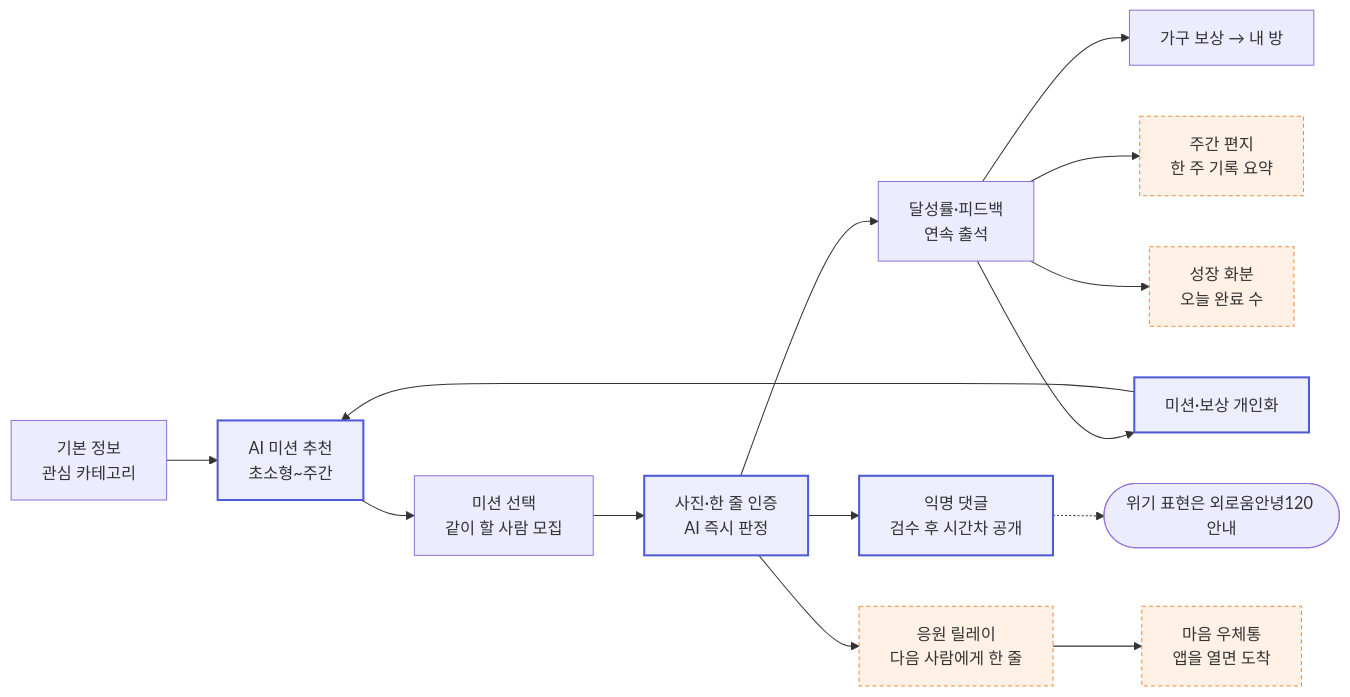
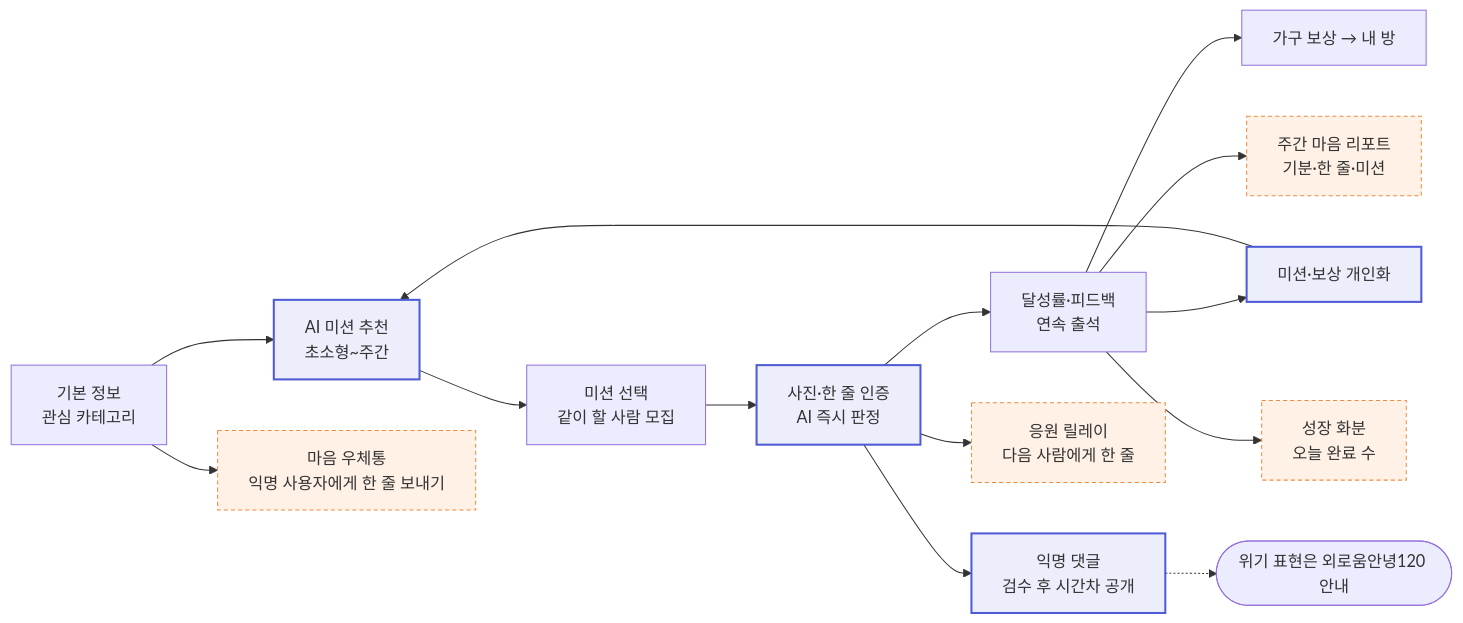
The diagram in PRD.md (koolunkle/maru), drawn with Mermaid before and after one commit. The commit also changed other lines of this file and 71 other files, not shown here.

First line of the commit message:
feat: 응원 릴레이·마음 우체통·한 줄 기록·타임캡슐·주간 리포트·배경음 통합 (#3)

````diff
--- a/PRD.md
+++ b/PRD.md
@@ -112,19 +112,19 @@
 ```mermaid
 flowchart LR
     A[기본 정보<br/>관심 카테고리] --> B[AI 미션 추천<br/>초소형~주간]:::ai
     B --> C[미션 선택<br/>같이 할 사람 모집]
     C --> D[사진·한 줄 인증<br/>AI 즉시 판정]:::ai
     D --> E[달성률·피드백<br/>연속 출석]
     D --> F[익명 댓글<br/>검수 후 시간차 공개]:::ai
     E --> G[가구 보상 → 내 방]
     E --> H[미션·보상 개인화]:::ai
     H --> B
     F -.-> I([위기 표현은 외로움안녕120 안내])
     D --> R[응원 릴레이<br/>다음 사람에게 한 줄]:::new
-    R --> M[마음 우체통<br/>앱을 열면 도착]:::new
-    E --> W[주간 편지<br/>한 주 기록 요약]:::new
+    A --> M[마음 우체통<br/>익명 사용자에게 한 줄 보내기]:::new
+    E --> W[주간 마음 리포트<br/>기분·한 줄·미션]:::new
     E --> P[성장 화분<br/>오늘 완료 수]:::new
 
     classDef ai fill:#eceefb,stroke:#4f5bd5,stroke-width:2px;
     classDef new fill:#fff1e5,stroke:#f08a3e,stroke-dasharray:4 3;
 ```
````
